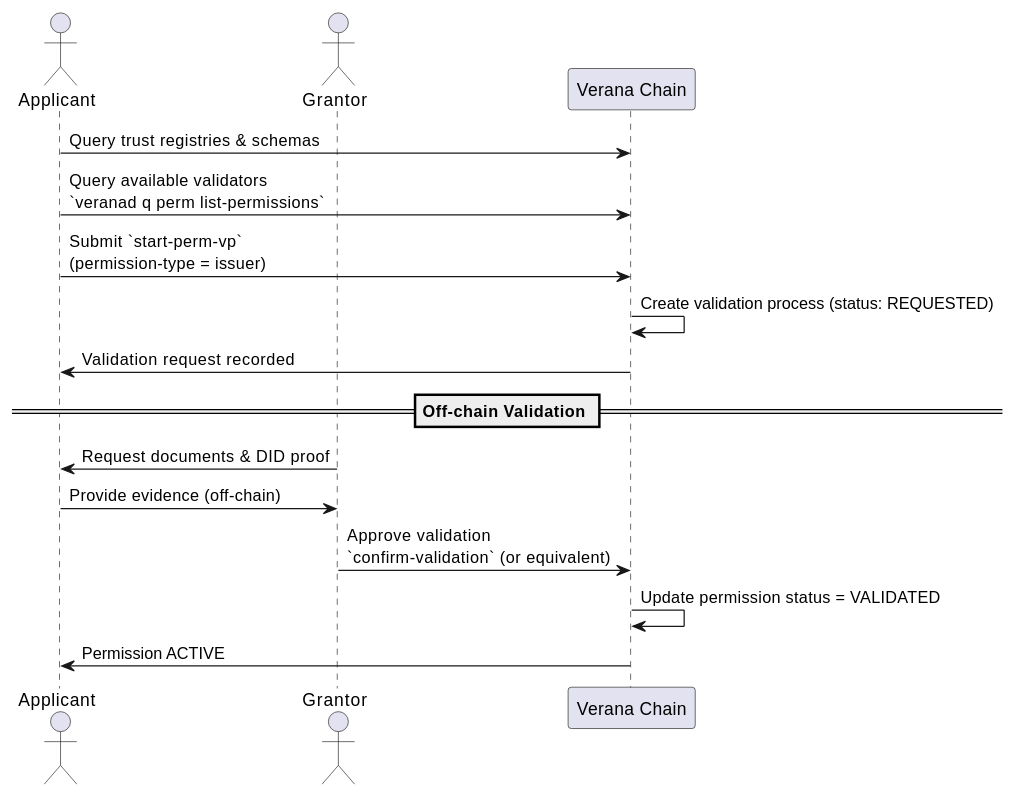
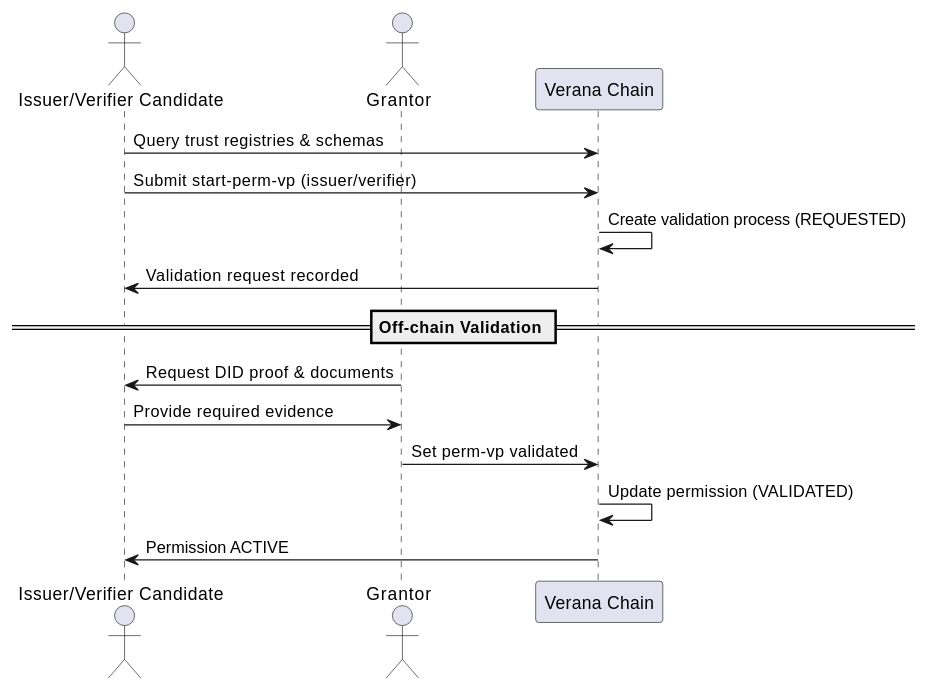
Before and after one commit to verana-labs/verana-docs: the fourth of 5 diagrams in docs/use/ecosystems/20-onboarding.md, drawn with PlantUML. The commit also changed other lines of this file and 3 other files, not shown here.

First line of the commit message:
Feat/validation process2 (#82)

````diff
--- a/docs/use/ecosystems/20-onboarding.md
+++ b/docs/use/ecosystems/20-onboarding.md
@@ -198,20 +240,19 @@
 ```plantuml
 @startuml
-actor Applicant
+actor "Issuer/Verifier Candidate" as Applicant
 actor Grantor
 participant "Verana Chain" as Chain
 
 Applicant -> Chain: Query trust registries & schemas
-Applicant -> Chain: Query available validators\n`veranad q perm list-permissions`
-Applicant -> Chain: Submit `start-perm-vp`\n(permission-type = issuer)
-Chain -> Chain: Create validation process (status: REQUESTED)
+Applicant -> Chain: Submit start-perm-vp (issuer/verifier)
+Chain -> Chain: Create validation process (REQUESTED)
 Applicant <- Chain: Validation request recorded
 
 == Off-chain Validation ==
-Grantor -> Applicant: Request documents & DID proof
-Applicant -> Grantor: Provide evidence (off-chain)
-Grantor -> Chain: Approve validation\n`confirm-validation` (or equivalent)
-Chain -> Chain: Update permission status = VALIDATED
+Grantor -> Applicant: Request DID proof & documents
+Applicant -> Grantor: Provide required evidence
+Grantor -> Chain: Set perm-vp validated
+Chain -> Chain: Update permission (VALIDATED)
 Applicant <- Chain: Permission ACTIVE
 @enduml
 ```
````
